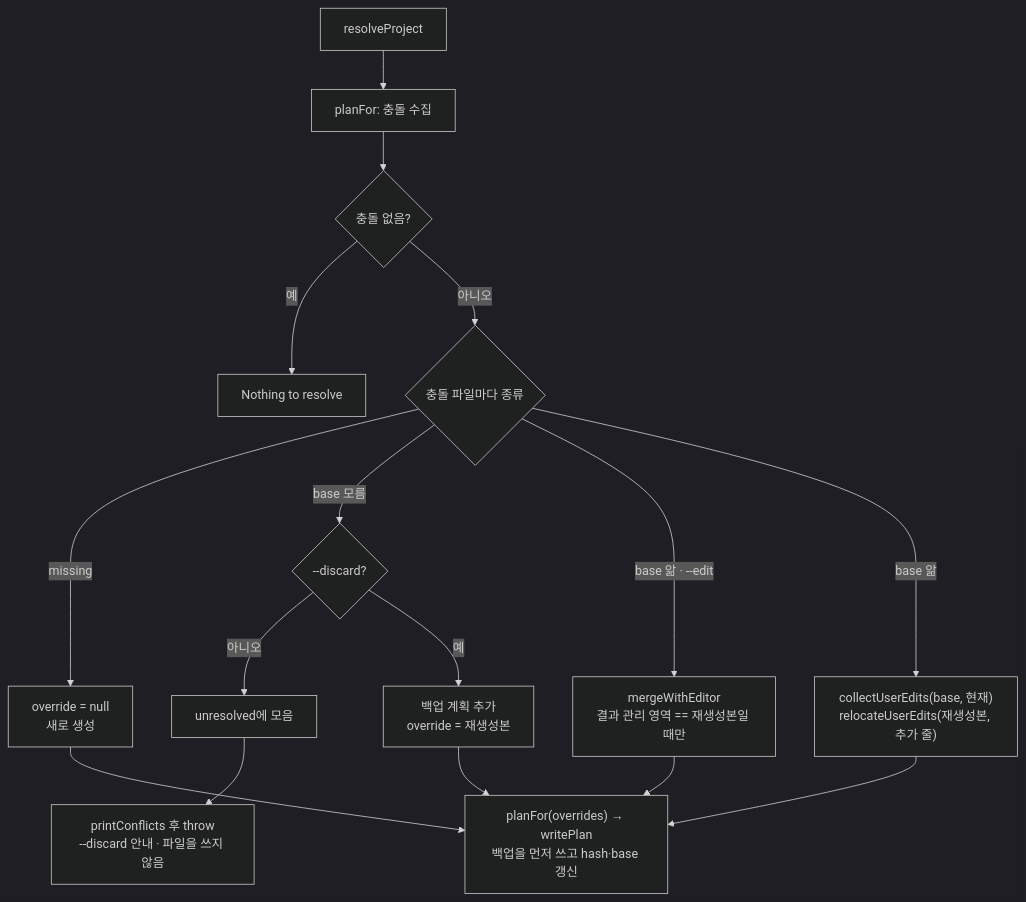
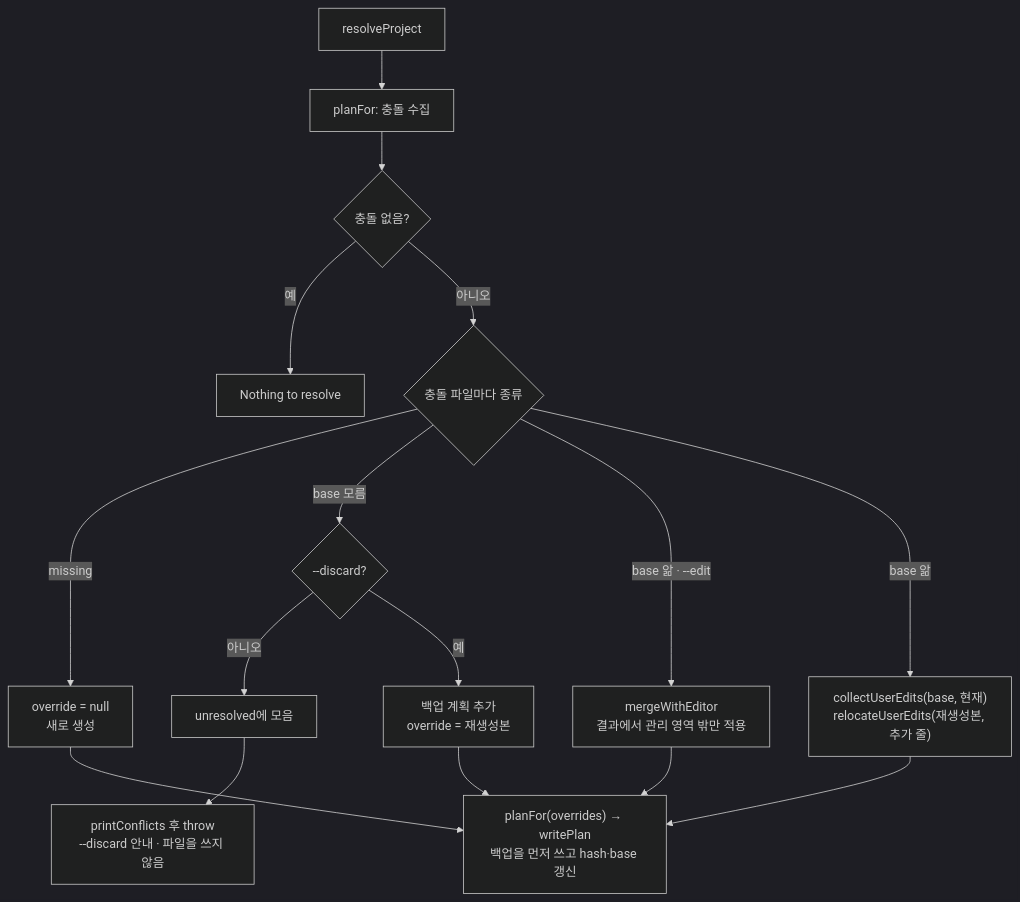
The eighth of 8 diagrams in docs/architecture/implementation-mechanics.md (IsthisLee/agent-context-manager), drawn with Mermaid (dark theme) before and after one commit. The commit also changed other lines of this file and 17 other files, not shown here.

````diff
--- a/docs/architecture/implementation-mechanics.md
+++ b/docs/architecture/implementation-mechanics.md
@@ -390,18 +390,18 @@
 ```mermaid
 flowchart TD
   R["resolveProject"] --> P["planFor: 충돌 수집"]
   P --> N{"충돌 없음?"}
   N -->|"예"| NOTHING["Nothing to resolve"]
   N -->|"아니오"| M{"충돌 파일마다 종류"}
   M -->|"missing"| RECREATE["override = null<br/>새로 생성"]
   M -->|"base 모름"| DISC{"--discard?"}
   DISC -->|"아니오"| UNRES["unresolved에 모음"]
   DISC -->|"예"| BK["백업 계획 추가<br/>override = 재생성본"]
-  M -->|"base 앎 · --edit"| ED["mergeWithEditor<br/>결과 관리 영역 == 재생성본일 때만"]
+  M -->|"base 앎 · --edit"| ED["mergeWithEditor<br/>결과에서 관리 영역 밖만 적용"]
   M -->|"base 앎"| AUTO["collectUserEdits(base, 현재)<br/>relocateUserEdits(재생성본, 추가 줄)"]
   UNRES --> THROW["printConflicts 후 throw<br/>--discard 안내 · 파일을 쓰지 않음"]
   RECREATE --> WRITE["planFor(overrides) → writePlan<br/>백업을 먼저 쓰고 hash·base 갱신"]
   BK --> WRITE
   ED --> WRITE
   AUTO --> WRITE
 ```
````
